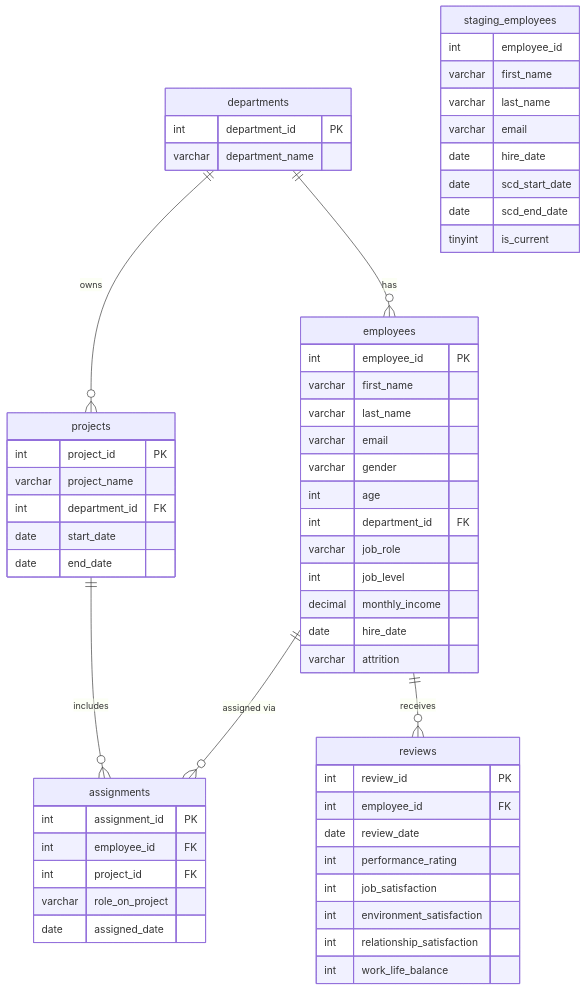
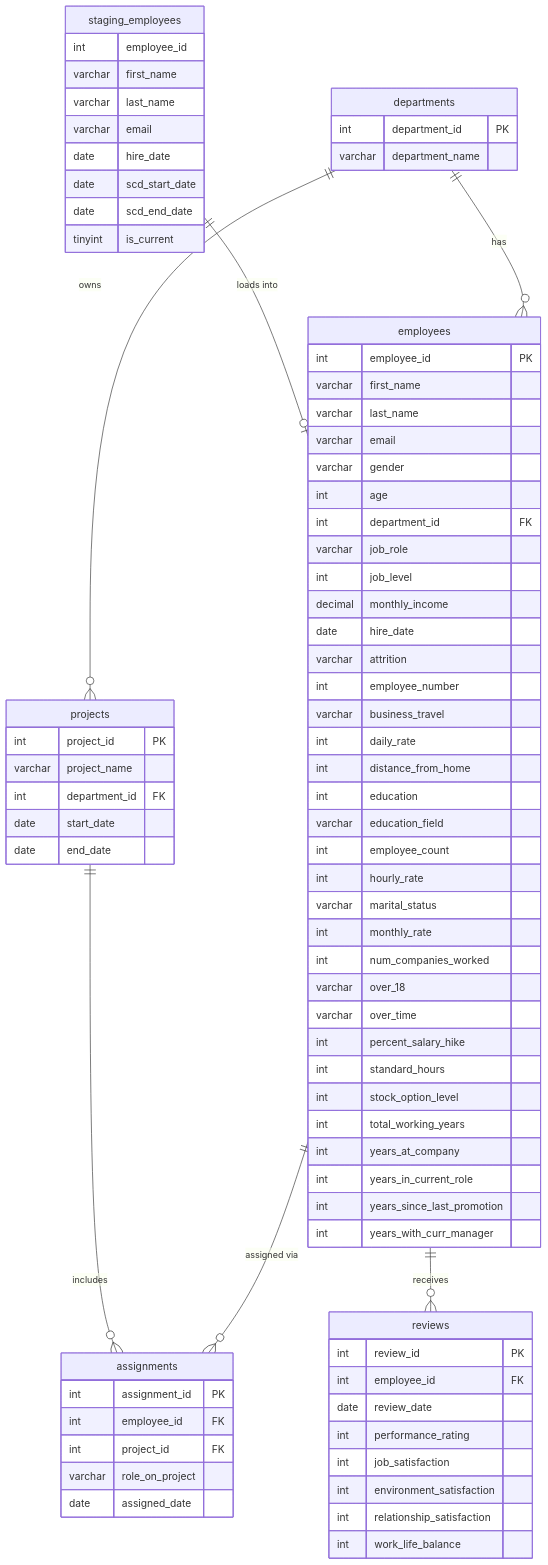
Before and after one commit to ashut0shj/HR-Lytics: the diagram in diagrams/02_oltp_er_diagram.md, drawn with Mermaid. The commit also changed other lines of this file and 1 other file, not shown here.

````diff
--- a/diagrams/02_oltp_er_diagram.md
+++ b/diagrams/02_oltp_er_diagram.md
@@ -22,6 +22,27 @@
         decimal monthly_income
         date hire_date
         varchar attrition
+        int employee_number
+        varchar business_travel
+        int daily_rate
+        int distance_from_home
+        int education
+        varchar education_field
+        int employee_count
+        int hourly_rate
+        varchar marital_status
+        int monthly_rate
+        int num_companies_worked
+        varchar over_18
+        varchar over_time
+        int percent_salary_hike
+        int standard_hours
+        int stock_option_level
+        int total_working_years
+        int years_at_company
+        int years_in_current_role
+        int years_since_last_promotion
+        int years_with_curr_manager
     }
 
     projects {
@@ -67,4 +88,5 @@
     employees ||--o{ assignments : "assigned via"
     projects ||--o{ assignments : "includes"
     employees ||--o{ reviews : "receives"
+    staging_employees ||--o| employees : "loads into"
 ```
````
